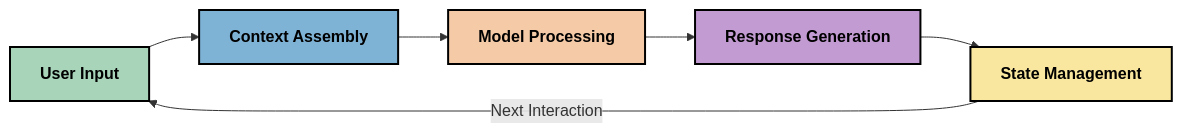
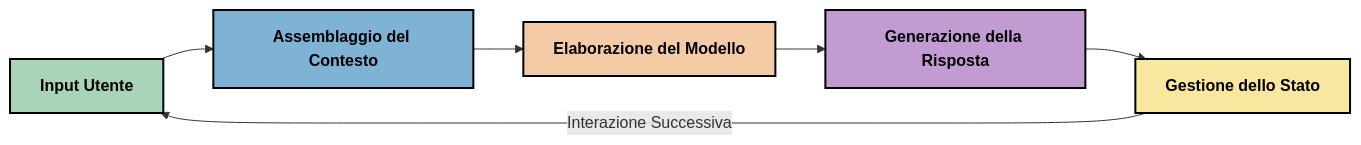
One commit to HIDORAKAI002/ai-workspace-archive changed the first of 6 diagrams in mcp_ecosystem__model_context_protocol/mcp_learning_resources/mcp-for-beginners/translations/it/05-AdvancedTopics/mcp-contextengineering/README.md. Above: the diagram before and after it, drawn with Mermaid. The commit also changed other lines of this file and 1046 other files, not shown here.

````diff
--- a/mcp_ecosystem__model_context_protocol/mcp_learning_resources/mcp-for-beginners/translations/it/05-AdvancedTopics/mcp-contextengineering/README.md
+++ b/mcp_ecosystem__model_context_protocol/mcp_learning_resources/mcp-for-beginners/translations/it/05-AdvancedTopics/mcp-contextengineering/README.md
@@ -39,14 +40,14 @@
 ```mermaid
 graph LR
-    A[User Input] --> B[Context Assembly]
-    B --> C[Model Processing]
-    C --> D[Response Generation]
-    D --> E[State Management]
-    E -->|Next Interaction| A
+    A[Input Utente] --> B[Assemblaggio del Contesto]
+    B --> C[Elaborazione del Modello]
+    C --> D[Generazione della Risposta]
+    D --> E[Gestione dello Stato]
+    E -->|Interazione Successiva| A
     
     style A fill:#A8D5BA,stroke:#000000,stroke-width:2px,color:#000000,font-weight:bold
     style B fill:#7FB3D5,stroke:#000000,stroke-width:2px,color:#000000,font-weight:bold
     style C fill:#F5CBA7,stroke:#000000,stroke-width:2px,color:#000000,font-weight:bold
     style D fill:#C39BD3,stroke:#000000,stroke-width:2px,color:#000000,font-weight:bold
     style E fill:#F9E79F,stroke:#000000,stroke-width:2px,color:#000000,font-weight:bold
 ```
````
